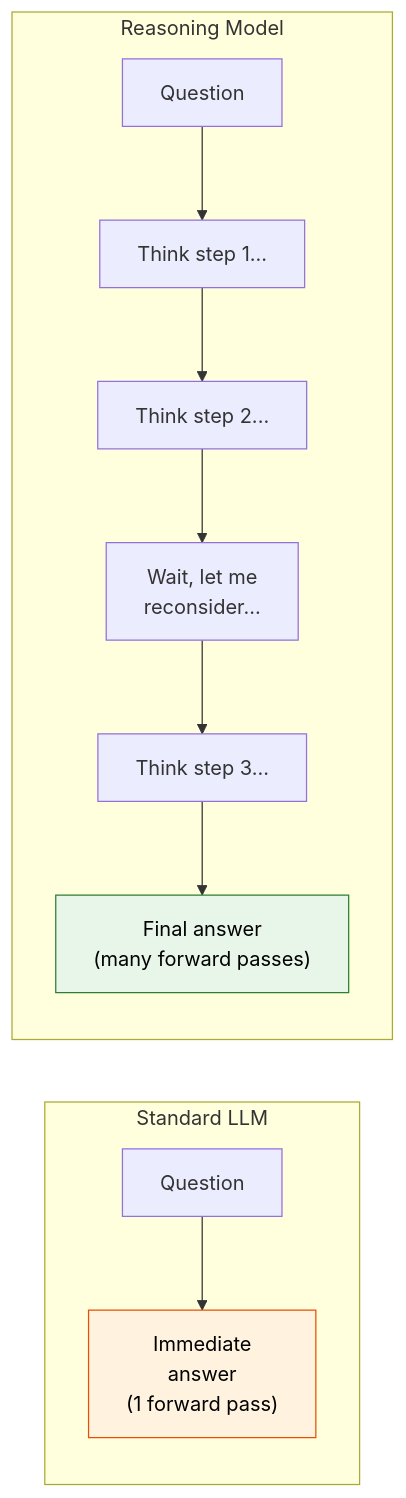
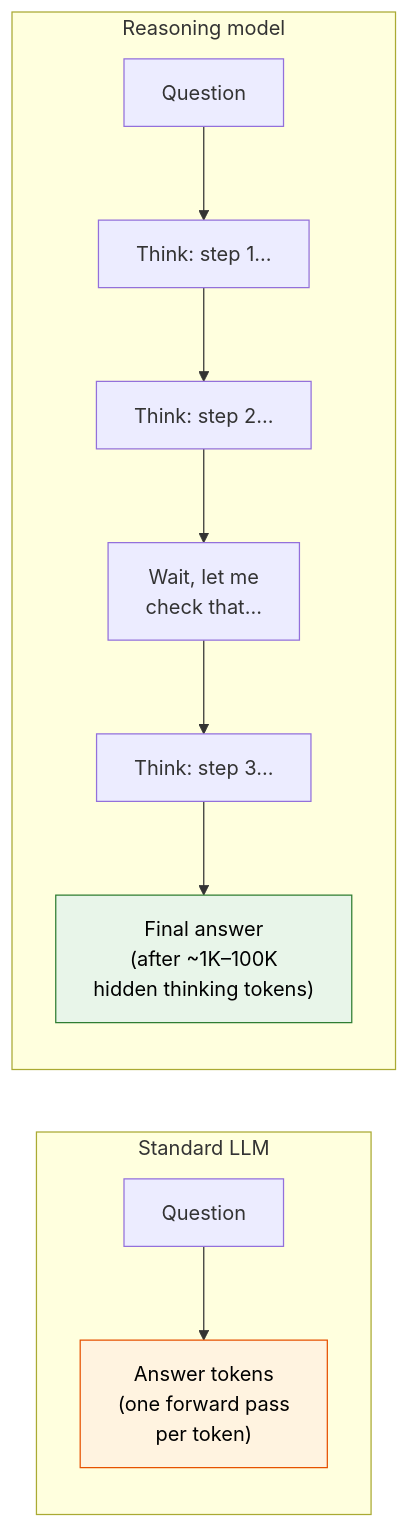
Diagram 24 of 26 in content/34b_google_top10_ml_interview_part2.md (Hmago/ml4), drawn with Mermaid before and after one commit. The commit also changed other lines of this file and 59 other files, not shown here.

````diff
--- a/content/34b_google_top10_ml_interview_part2.md
+++ b/content/34b_google_top10_ml_interview_part2.md
@@ -1823,17 +2919,17 @@
 ```mermaid
 graph LR
     subgraph "Standard LLM"
-        Q1["Question"] --> A1["Immediate<br/>answer<br/>(1 forward pass)"]
+        Q1["Question"] --> A1["Answer tokens<br/>(one forward pass<br/>per token)"]
     end
 
-    subgraph "Reasoning Model"
-        Q2["Question"] --> T1["Think step 1..."]
-        T1 --> T2["Think step 2..."]
-        T2 --> T3["Wait, let me<br/>reconsider..."]
-        T3 --> T4["Think step 3..."]
-        T4 --> A2["Final answer<br/>(many forward passes)"]
+    subgraph "Reasoning model"
+        Q2["Question"] --> T1["Think: step 1..."]
+        T1 --> T2["Think: step 2..."]
+        T2 --> T3["Wait, let me<br/>check that..."]
+        T3 --> T4["Think: step 3..."]
+        T4 --> A2["Final answer<br/>(after ~1K–100K<br/>hidden thinking tokens)"]
     end
 
     style A1 fill:#fff3e0,stroke:#e65100,color:#000
     style A2 fill:#e8f5e9,stroke:#2e7d32,color:#000
 ```
````
